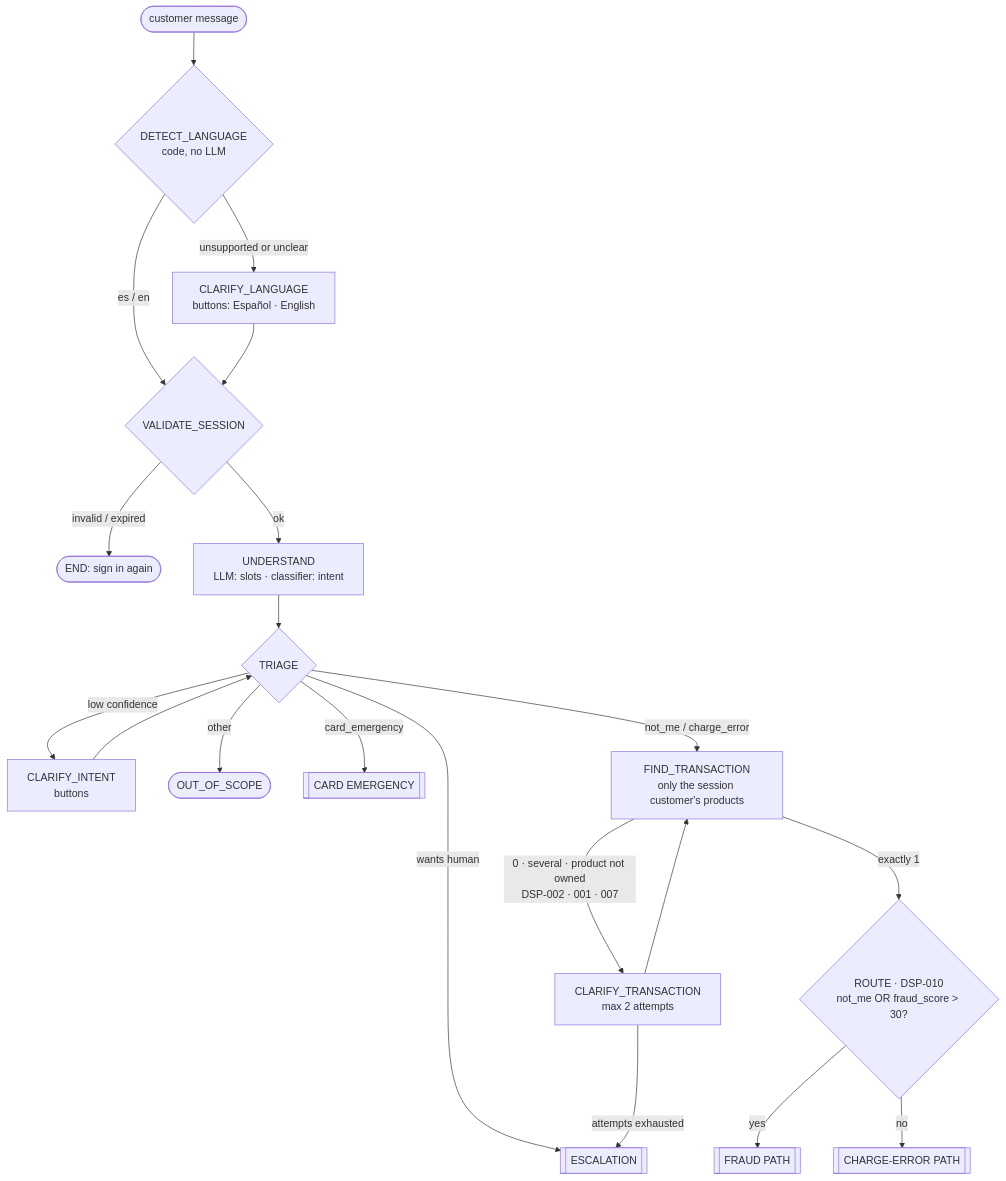
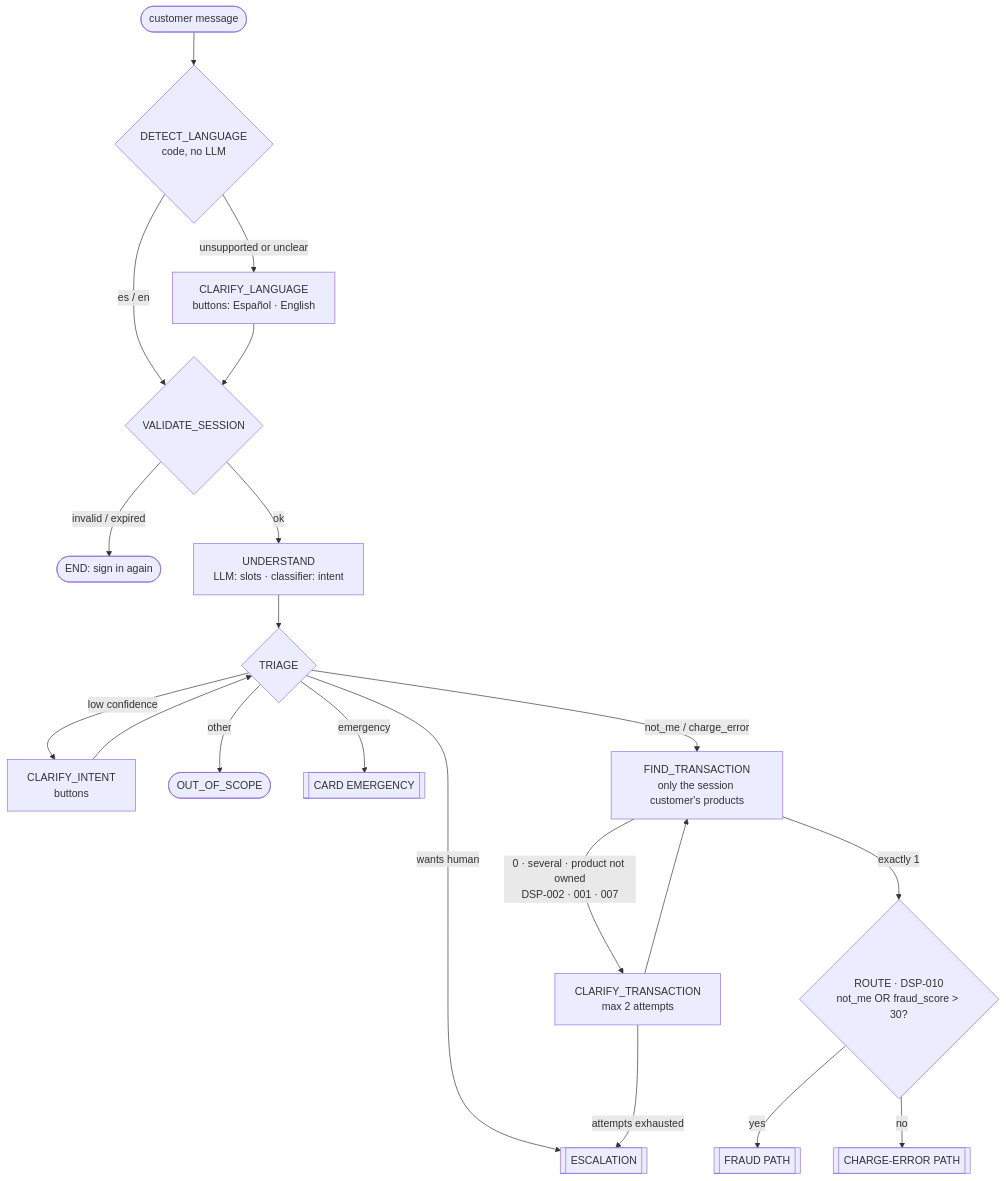
One commit to Valeriacv918/factored-hackathon-2026-epsilon-greedy changed the first of 5 diagrams in docs/STATE_MACHINE2.md. Above: the diagram before and after it, drawn with Mermaid. The commit also changed other lines of this file and 19 other files, not shown here.

````diff
--- a/docs/STATE_MACHINE2.md
+++ b/docs/STATE_MACHINE2.md
@@ -26,19 +26,19 @@
 ```mermaid
 flowchart TD
     MSG([customer message]) --> LANG{"DETECT_LANGUAGE<br/>code, no LLM"}
     LANG -- "es / en" --> VS{VALIDATE_SESSION}
     LANG -- "unsupported or unclear" --> CL["CLARIFY_LANGUAGE<br/>buttons: Español · English"] --> VS
     VS -- invalid / expired --> ENDA([END: sign in again])
     VS -- ok --> UND["UNDERSTAND<br/>LLM: slots · classifier: intent"]
     UND --> TRI{TRIAGE}
     TRI -- low confidence --> CI["CLARIFY_INTENT<br/>buttons"] --> TRI
     TRI -- other --> OOS([OUT_OF_SCOPE])
     TRI -- wants human --> ESC[[ESCALATION]]
-    TRI -- card_emergency --> EMG[[CARD EMERGENCY]]
+    TRI -- emergency --> EMG[[CARD EMERGENCY]]
     TRI -- "not_me / charge_error" --> FIND["FIND_TRANSACTION<br/>only the session customer's products"]
     FIND -- "0 · several · product not owned<br/>DSP-002 · 001 · 007" --> CT["CLARIFY_TRANSACTION<br/>max 2 attempts"] --> FIND
     CT -- attempts exhausted --> ESC
     FIND -- exactly 1 --> RT{"ROUTE · DSP-010<br/>not_me OR fraud_score > 30?"}
     RT -- yes --> FR[[FRAUD PATH]]
     RT -- no --> CH[[CHARGE-ERROR PATH]]
 ```
````
